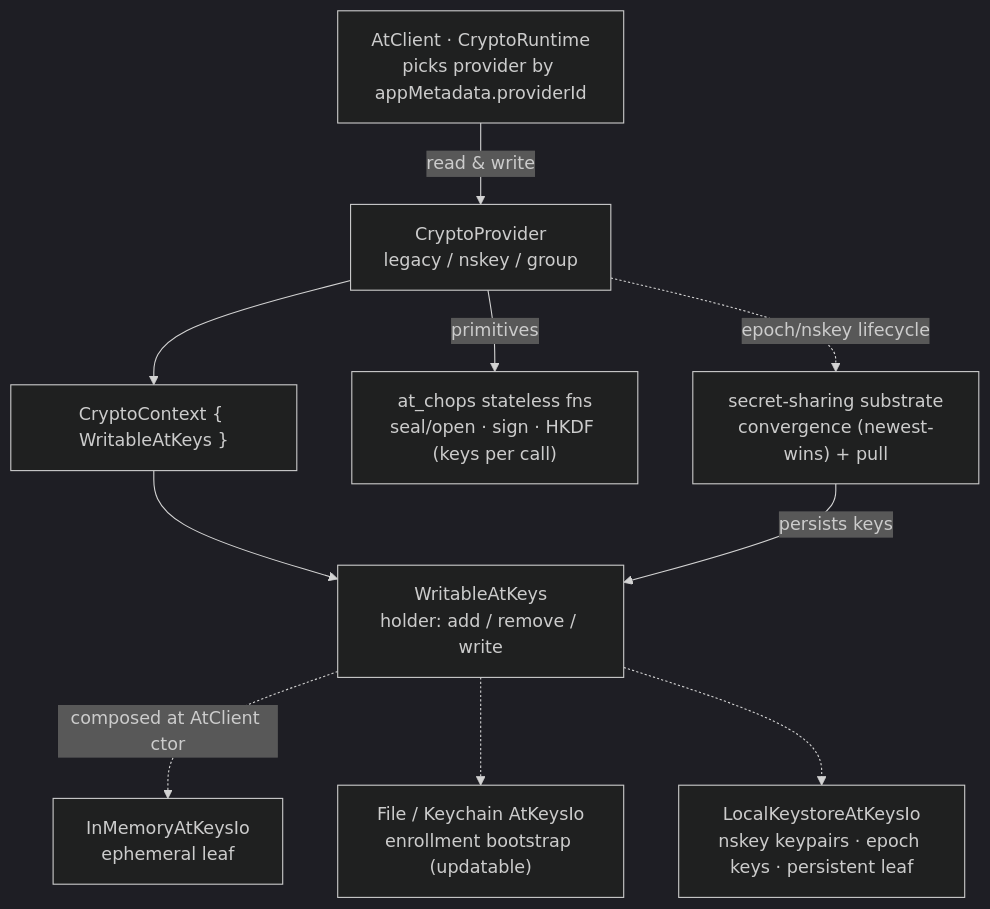
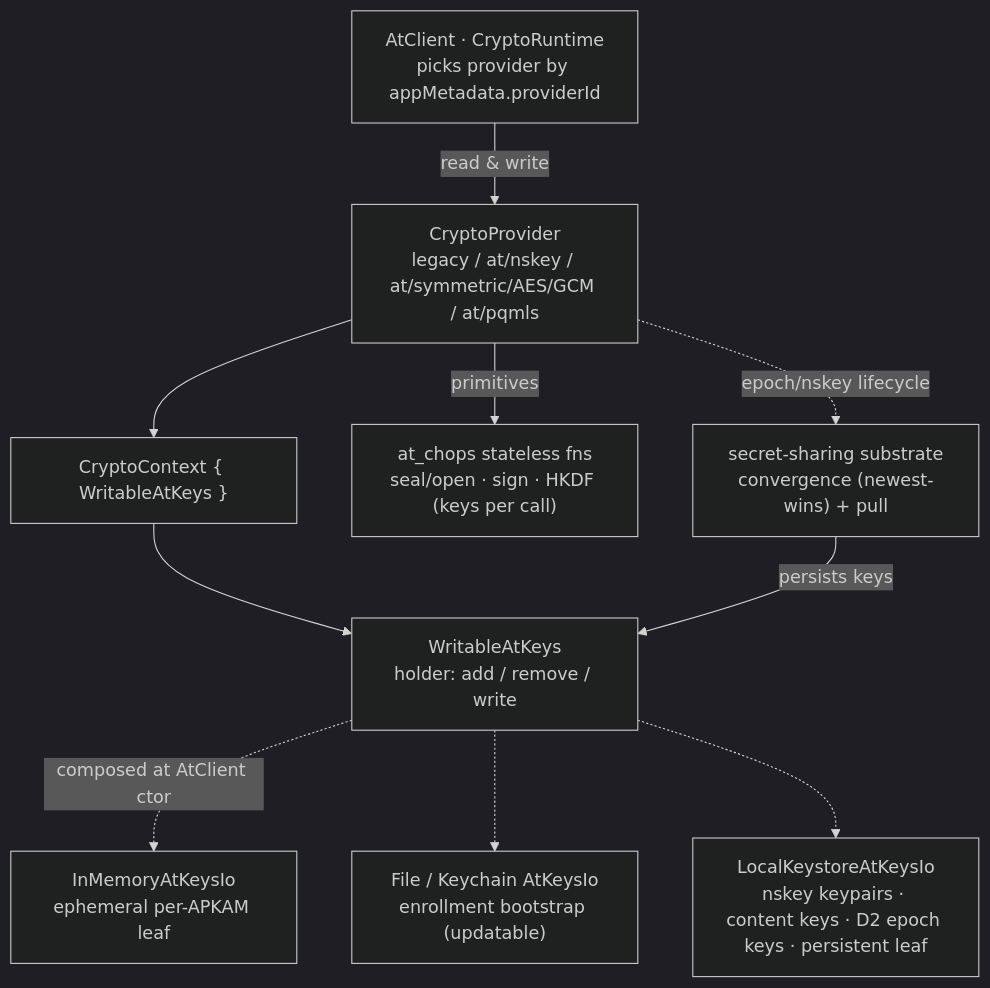
Before and after one commit to atsign-foundation/at_client_sdk: the second of 2 diagrams in docs/crypto-roadmap.md, drawn with Mermaid (dark theme). The commit also changed other lines of this file and 9 other files, not shown here.

First line of the commit message:
docs(crypto): single-tier D1 nskey data path + per-APKAM model (ADR 0002)

````diff
--- a/docs/crypto-roadmap.md
+++ b/docs/crypto-roadmap.md
@@ -945,22 +1089,22 @@
 ```mermaid
 graph TD
   RT["AtClient · CryptoRuntime<br/>picks provider by appMetadata.providerId"]
-  PV["CryptoProvider<br/>legacy / nskey / group"]
+  PV["CryptoProvider<br/>legacy / at/nskey / at/symmetric/AES/GCM / at/pqmls"]
   CTX["CryptoContext { WritableAtKeys }"]
   W["WritableAtKeys<br/>holder: add / remove / write"]
   AC["at_chops stateless fns<br/>seal/open · sign · HKDF (keys per call)"]
   SUB["secret-sharing substrate<br/>convergence (newest-wins) + pull"]
-  MEM["InMemoryAtKeysIo<br/>ephemeral leaf"]
+  MEM["InMemoryAtKeysIo<br/>ephemeral per-APKAM leaf"]
   BOOT["File / Keychain AtKeysIo<br/>enrollment bootstrap (updatable)"]
-  LKS["LocalKeystoreAtKeysIo<br/>nskey keypairs · epoch keys · persistent leaf"]
+  LKS["LocalKeystoreAtKeysIo<br/>nskey keypairs · content keys · D2 epoch keys · persistent leaf"]
 
   RT -->|read & write| PV
   PV --> CTX
   CTX --> W
   PV -->|primitives| AC
   PV -.->|epoch/nskey lifecycle| SUB
   SUB -->|persists keys| W
   W -.composed at AtClient ctor.-> MEM
   W -.-> BOOT
   W -.-> LKS
 ```
````
